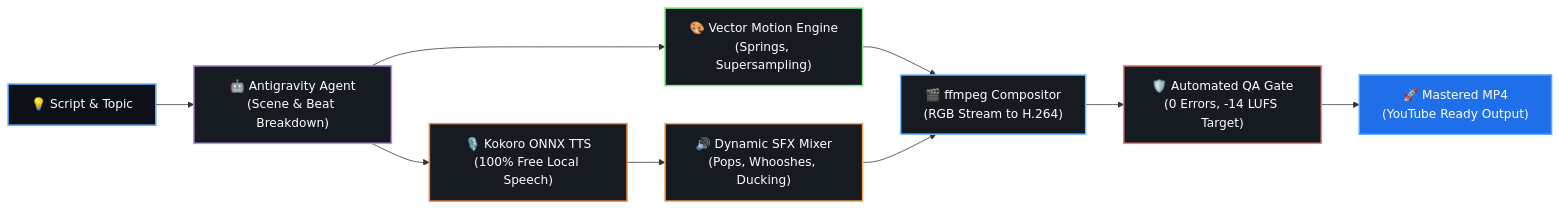
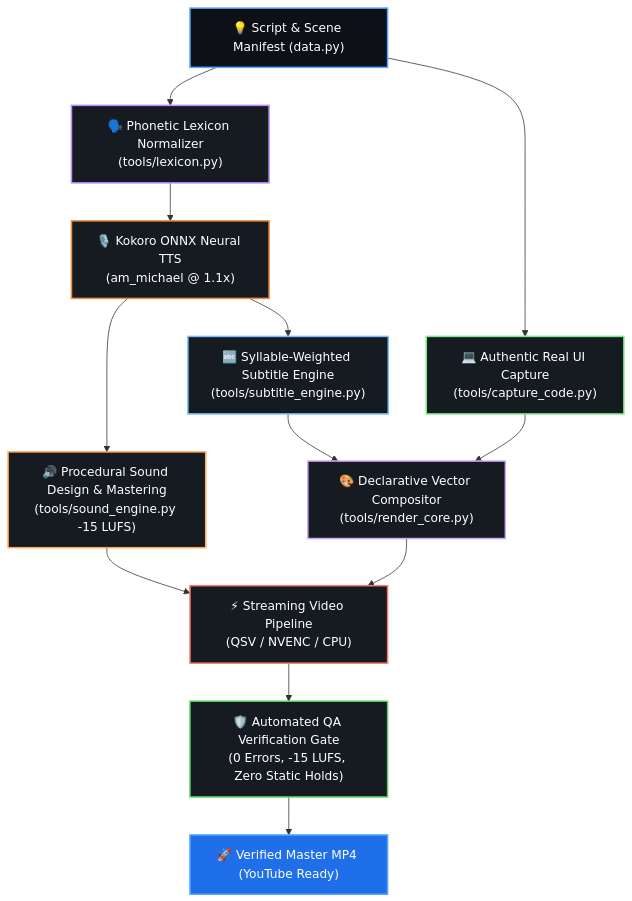
The diagram in README.md (KenilPatel0/Faceless), drawn with Mermaid before and after one commit. The commit also changed other lines of this file and 16 other files, not shown here.

First line of the commit message:
feat: autonomous studio orchestrator, phonetic lexicon, real UI capture, and subtitle sync engine

````diff
--- a/README.md
+++ b/README.md
@@ -95,20 +95,23 @@
 ```mermaid
-flowchart LR
-    A["💡 Script & Topic"] --> B["🤖 Antigravity Agent\n(Scene & Beat Breakdown)"]
-    B --> C["🎙️ Kokoro ONNX TTS\n(100% Free Local Speech)"]
-    B --> D["🎨 Vector Motion Engine\n(Springs, Supersampling)"]
-    C --> E["🔊 Dynamic SFX Mixer\n(Pops, Whooshes, Ducking)"]
-    D --> F["🎬 ffmpeg Compositor\n(RGB Stream to H.264)"]
-    E --> F
-    F --> G["🛡️ Automated QA Gate\n(0 Errors, -14 LUFS Target)"]
-    G --> H["🚀 Mastered MP4\n(YouTube Ready Output)"]
+flowchart TD
+    A["💡 Script & Scene Manifest (data.py)"] --> B["🗣️ Phonetic Lexicon Normalizer\n(tools/lexicon.py)"]
+    A --> C["💻 Authentic Real UI Capture\n(tools/capture_code.py)"]
+    B --> D["🎙️ Kokoro ONNX Neural TTS\n(am_michael @ 1.1x)"]
+    D --> E["🔊 Procedural Sound Design & Mastering\n(tools/sound_engine.py -15 LUFS)"]
+    D --> F["🔤 Syllable-Weighted Subtitle Engine\n(tools/subtitle_engine.py)"]
+    C & F --> G["🎨 Declarative Vector Compositor\n(tools/render_core.py)"]
+    E & G --> H["⚡ Streaming Video Pipeline\n(QSV / NVENC / CPU)"]
+    H --> I["🛡️ Automated QA Verification Gate\n(0 Errors, -15 LUFS, Zero Static Holds)"]
+    I --> J["🚀 Verified Master MP4 (YouTube Ready)"]
 
     style A fill:#0d1117,stroke:#58a6ff,stroke-width:2px,color:#fff
     style B fill:#161b22,stroke:#bc8cff,stroke-width:2px,color:#fff
-    style C fill:#161b22,stroke:#f0883e,stroke-width:2px,color:#fff
-    style D fill:#161b22,stroke:#7ee787,stroke-width:2px,color:#fff
+    style C fill:#161b22,stroke:#7ee787,stroke-width:2px,color:#fff
+    style D fill:#161b22,stroke:#f0883e,stroke-width:2px,color:#fff
     style E fill:#161b22,stroke:#ffa657,stroke-width:2px,color:#fff
     style F fill:#161b22,stroke:#79c0ff,stroke-width:2px,color:#fff
-    style G fill:#161b22,stroke:#ff7b72,stroke-width:2px,color:#fff
-    style H fill:#1f6feb,stroke:#58a6ff,stroke-width:2px,color:#fff
+    style G fill:#161b22,stroke:#d2a8ff,stroke-width:2px,color:#fff
+    style H fill:#161b22,stroke:#ff7b72,stroke-width:2px,color:#fff
+    style I fill:#161b22,stroke:#56d364,stroke-width:2px,color:#fff
+    style J fill:#1f6feb,stroke:#58a6ff,stroke-width:2px,color:#fff
 ```
````
